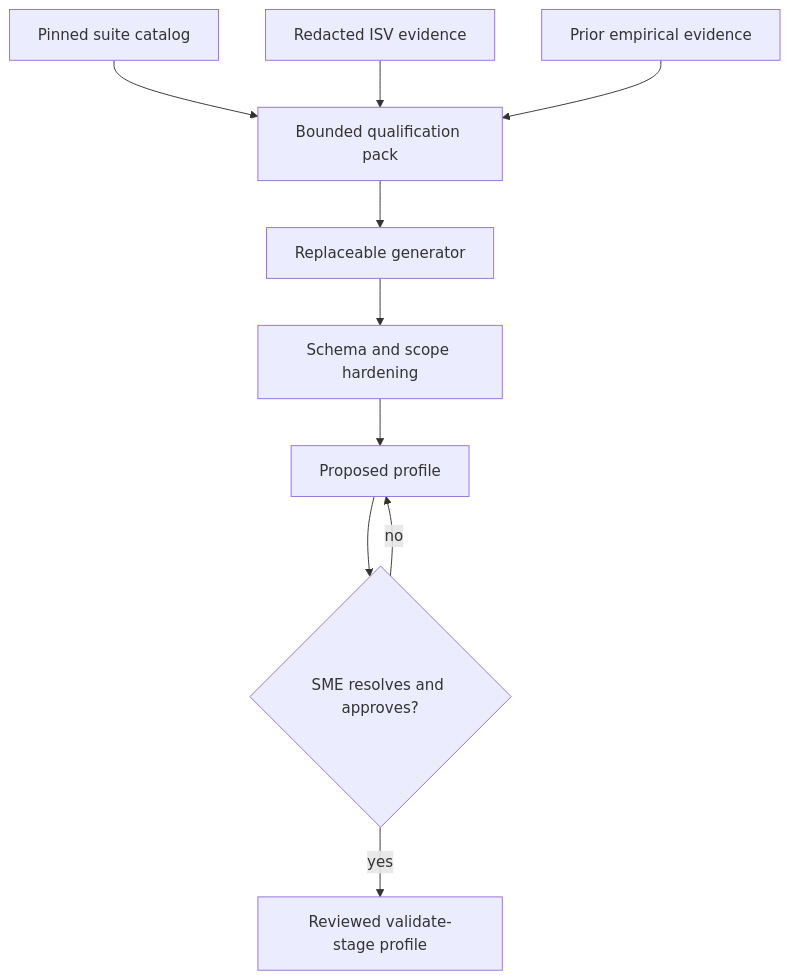
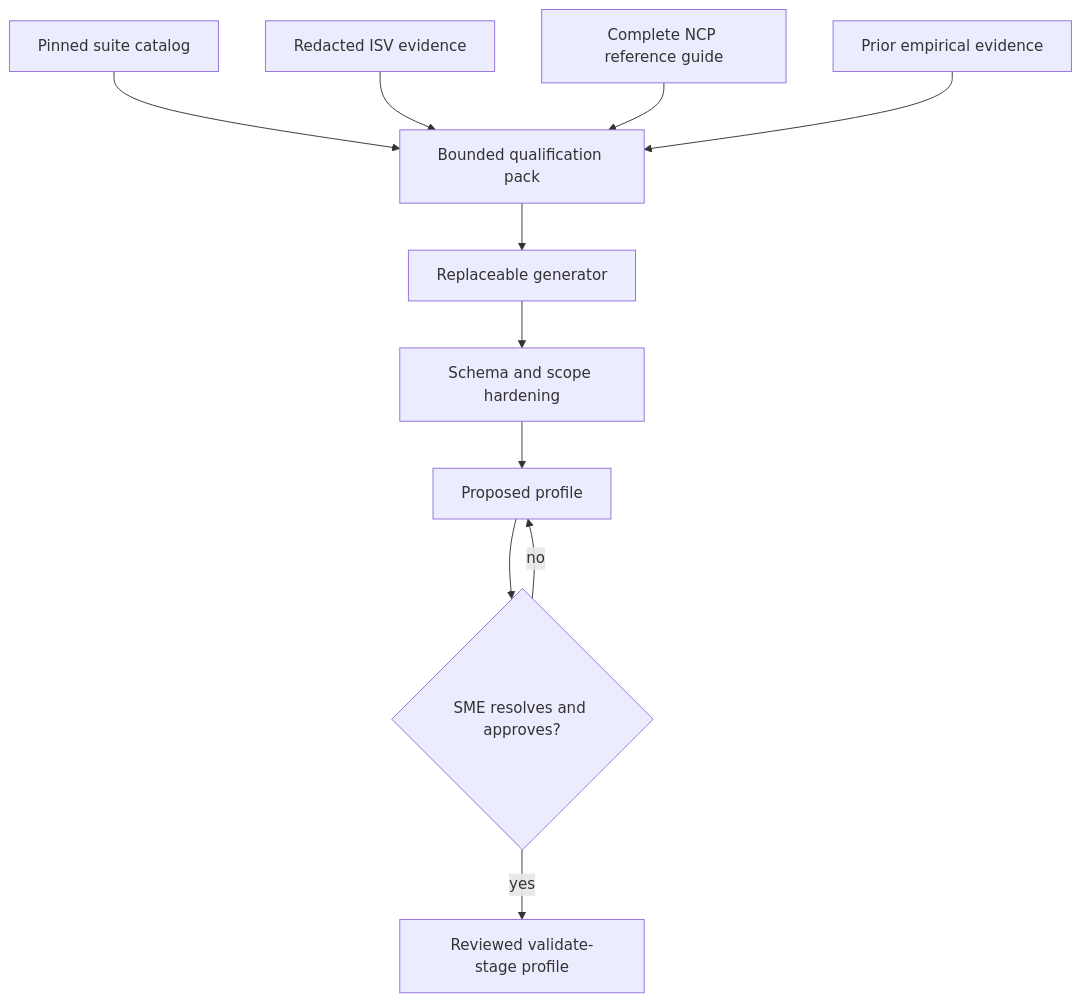
The second of 3 diagrams in docs/architecture.md (Gayatri-K26/isv-readiness), drawn with Mermaid before and after one commit. The commit also changed other lines of this file and 15 other files, not shown here.

````diff
--- a/docs/architecture.md
+++ b/docs/architecture.md
@@ -46,12 +46,13 @@
 ```mermaid
 flowchart TD
     Catalog[Pinned suite catalog] --> Pack[Bounded qualification pack]
     Context[Redacted ISV evidence] --> Pack
+    Guide[Complete NCP reference guide] --> Pack
     Runs[Prior empirical evidence] --> Pack
     Pack --> Generator[Replaceable generator]
     Generator --> Harden[Schema and scope hardening]
     Harden --> Proposal[Proposed profile]
     Proposal --> SME{SME resolves and approves?}
     SME -- no --> Proposal
     SME -- yes --> Active[Reviewed validate-stage profile]
 ```
````
